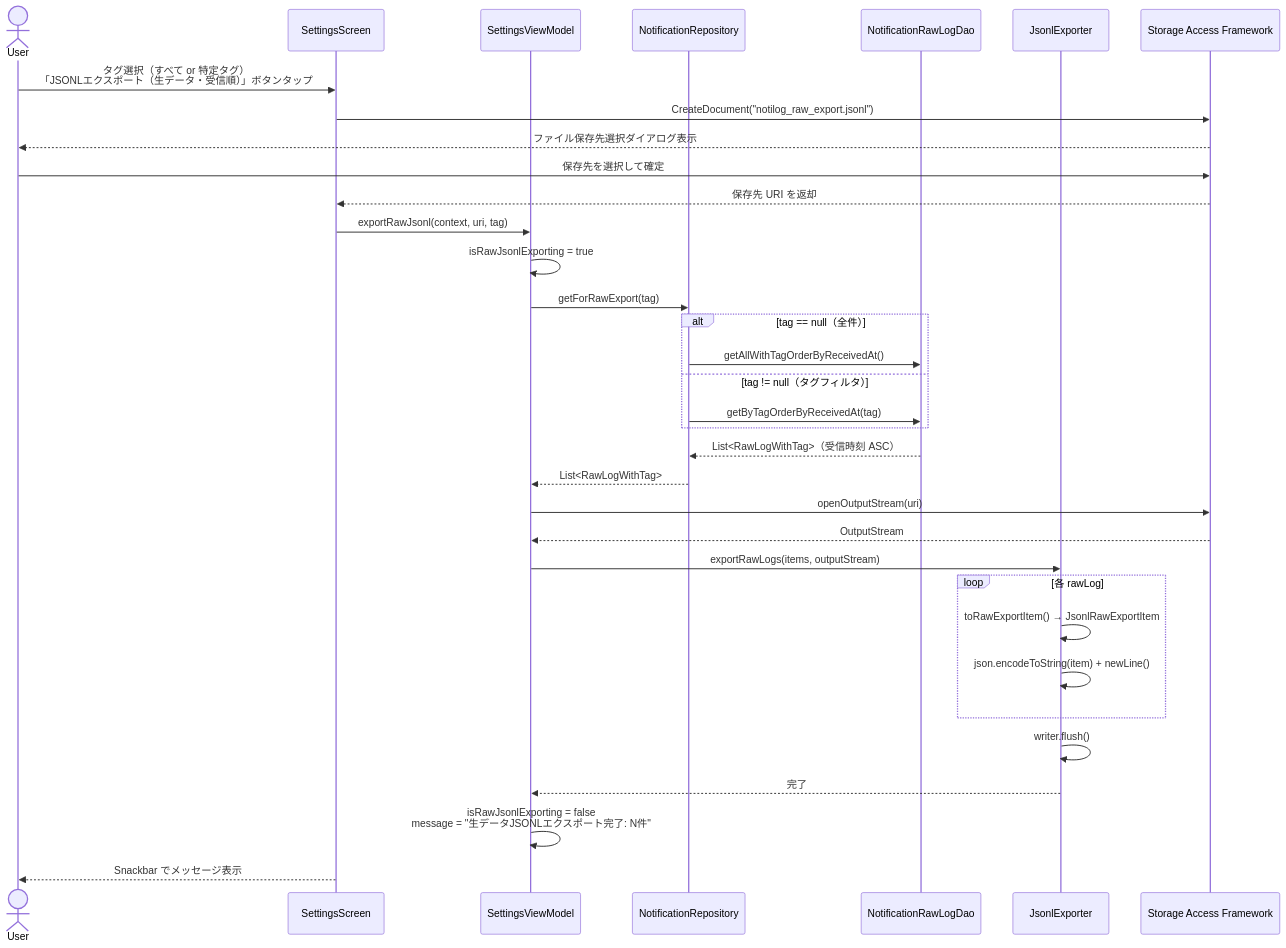
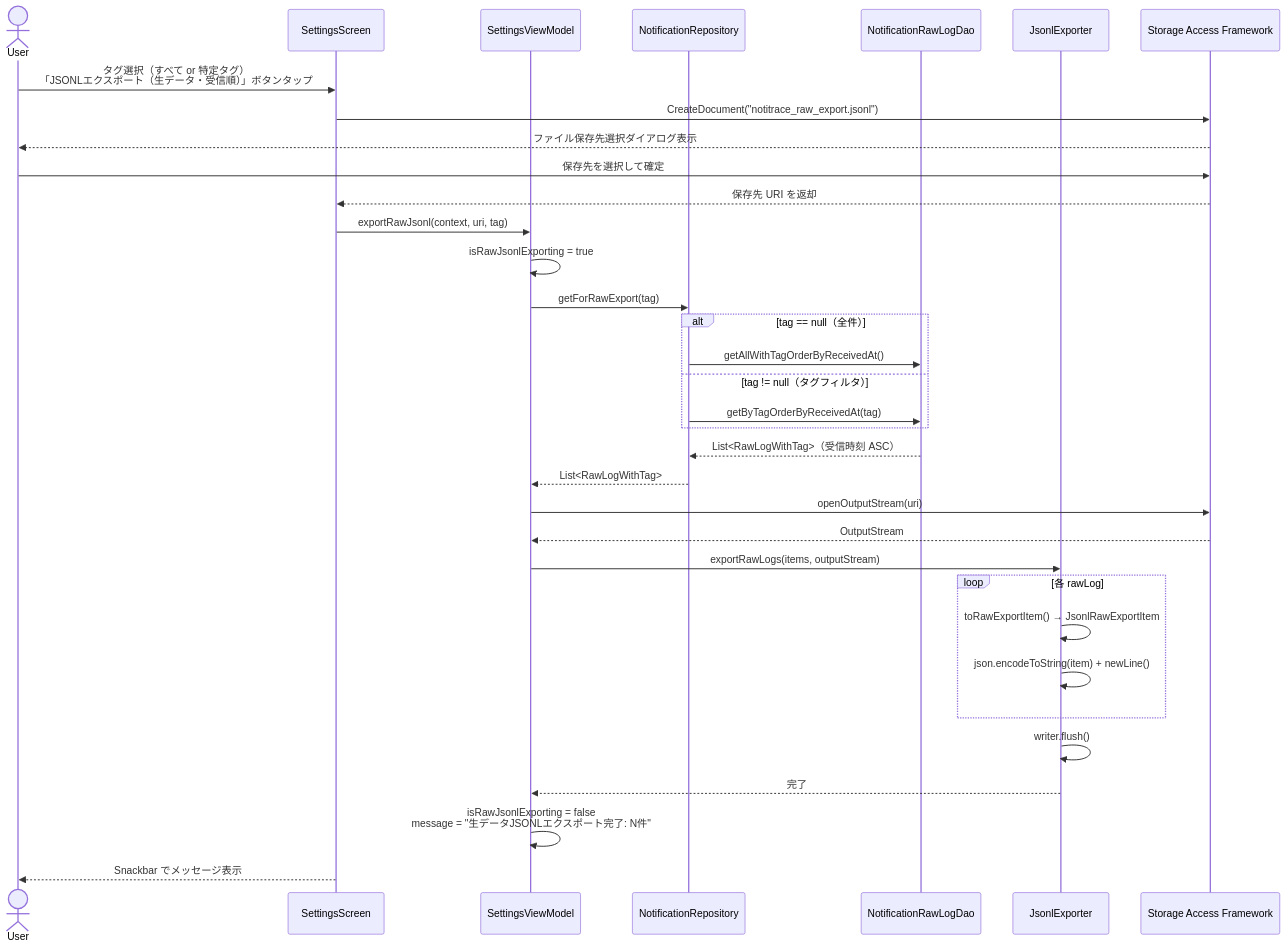
Before and after one commit to nakasho-dev/NotiLog: the third of 3 diagrams in docs/sequence-jsonl-export.md, drawn with Mermaid. The commit also changed other lines of this file and 146 other files, not shown here.

````diff
--- a/docs/sequence-jsonl-export.md
+++ b/docs/sequence-jsonl-export.md
@@ -99,44 +99,44 @@
 ```mermaid
 sequenceDiagram
     actor User
     participant SettingsScreen
     participant SettingsViewModel
     participant NotificationRepository
     participant RawLogDao as NotificationRawLogDao
     participant JsonlExporter
     participant SAF as Storage Access Framework
 
     User->>SettingsScreen: タグ選択（すべて or 特定タグ）<br/>「JSONLエクスポート（生データ・受信順）」ボタンタップ
-    SettingsScreen->>SAF: CreateDocument("notilog_raw_export.jsonl")
+    SettingsScreen->>SAF: CreateDocument("notitrace_raw_export.jsonl")
     SAF-->>User: ファイル保存先選択ダイアログ表示
     User->>SAF: 保存先を選択して確定
     SAF-->>SettingsScreen: 保存先 URI を返却
 
     SettingsScreen->>SettingsViewModel: exportRawJsonl(context, uri, tag)
     SettingsViewModel->>SettingsViewModel: isRawJsonlExporting = true
 
     SettingsViewModel->>NotificationRepository: getForRawExport(tag)
 
     alt tag == null（全件）
         NotificationRepository->>RawLogDao: getAllWithTagOrderByReceivedAt()
     else tag != null（タグフィルタ）
         NotificationRepository->>RawLogDao: getByTagOrderByReceivedAt(tag)
     end
 
     RawLogDao-->>NotificationRepository: List<RawLogWithTag>（受信時刻 ASC）
     NotificationRepository-->>SettingsViewModel: List<RawLogWithTag>
 
     SettingsViewModel->>SAF: openOutputStream(uri)
     SAF-->>SettingsViewModel: OutputStream
 
     SettingsViewModel->>JsonlExporter: exportRawLogs(items, outputStream)
     loop 各 rawLog
         JsonlExporter->>JsonlExporter: toRawExportItem() → JsonlRawExportItem
         JsonlExporter->>JsonlExporter: json.encodeToString(item) + newLine()
     end
     JsonlExporter->>JsonlExporter: writer.flush()
     JsonlExporter-->>SettingsViewModel: 完了
 
     SettingsViewModel->>SettingsViewModel: isRawJsonlExporting = false<br/>message = "生データJSONLエクスポート完了: N件"
     SettingsScreen-->>User: Snackbar でメッセージ表示
 ```
````
